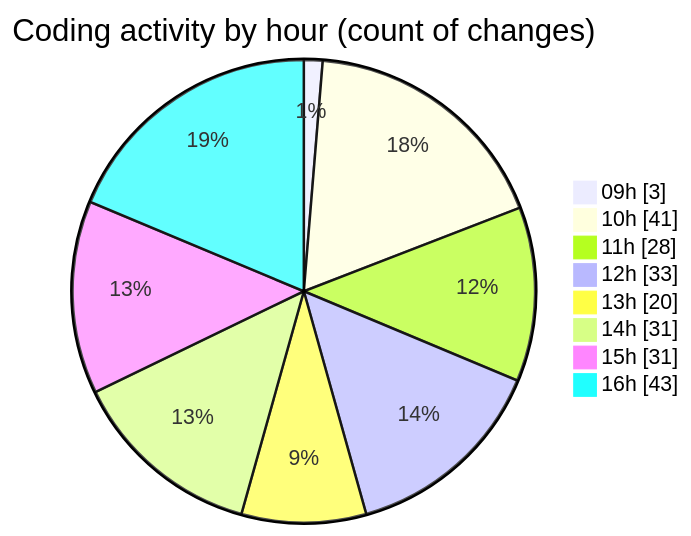
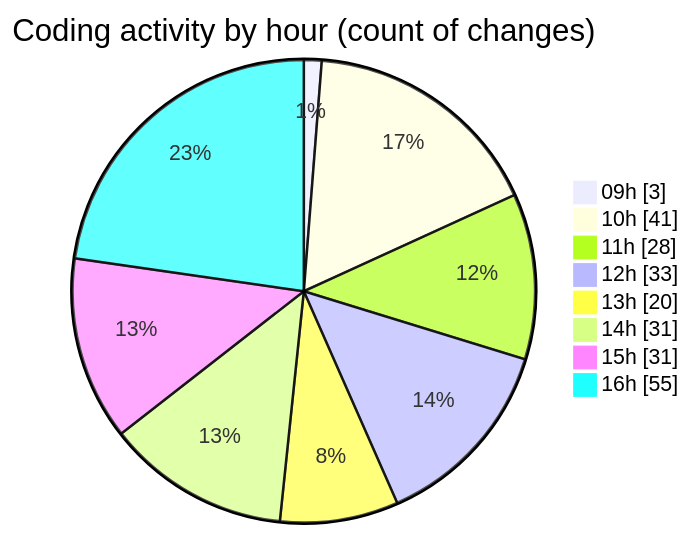
One commit to CELIANVF/code-tracking changed the second of 2 diagrams in 2025-05-19/ecodeli-1/README.md. Above: the diagram before and after it, drawn with Mermaid. The commit also changed other lines of this file and 1 other file, not shown here.

````diff
--- a/2025-05-19/ecodeli-1/README.md
+++ b/2025-05-19/ecodeli-1/README.md
@@ -99,12 +100,12 @@
 ```mermaid
 pie showData
 title Coding activity by hour (count of changes)
 "09h" : 3
 "10h" : 41
 "11h" : 28
 "12h" : 33
 "13h" : 20
 "14h" : 31
 "15h" : 31
-"16h" : 43
+"16h" : 55
 ```
````
